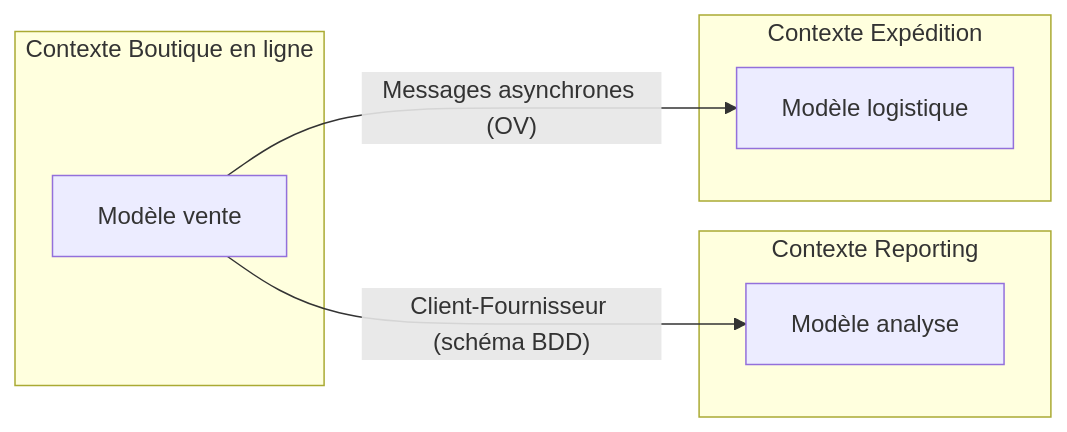
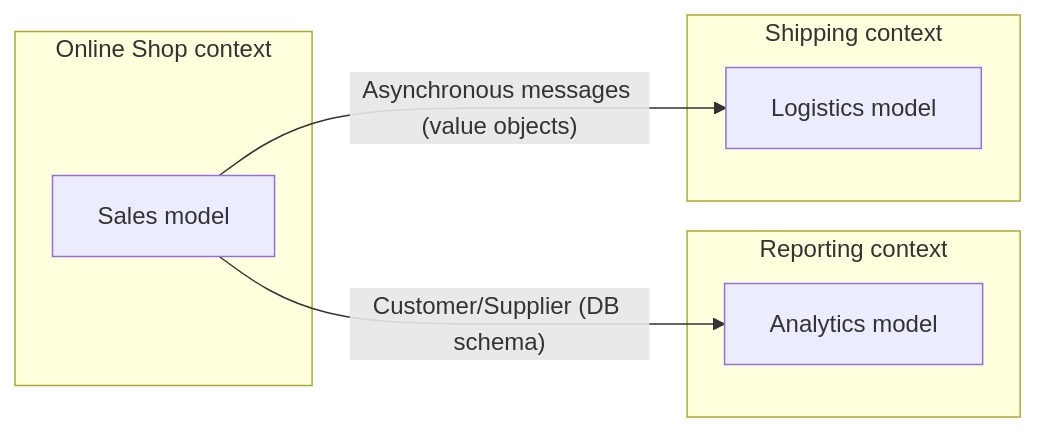
Before and after one commit to baov/ai-agent-skills-project: the diagram in skills/ddd-advisor/references/strategic.md, drawn with Mermaid. The commit also changed other lines of this file and 30 other files, not shown here.

````diff
--- a/skills/ddd-advisor/references/strategic.md
+++ b/skills/ddd-advisor/references/strategic.md
@@ -47,14 +47,14 @@
 ```mermaid
 graph LR
-  subgraph Boutique["Contexte Boutique en ligne"]
-    B[Modèle vente]
+  subgraph Shop["Online Shop context"]
+    B[Sales model]
   end
-  subgraph Reporting["Contexte Reporting"]
-    R[Modèle analyse]
+  subgraph Reporting["Reporting context"]
+    R[Analytics model]
   end
-  subgraph Expédition["Contexte Expédition"]
-    E[Modèle logistique]
+  subgraph Shipping["Shipping context"]
+    E[Logistics model]
   end
-  B -- "Client-Fournisseur (schéma BDD)" --> R
-  B -- "Messages asynchrones (OV)" --> E
+  B -- "Customer/Supplier (DB schema)" --> R
+  B -- "Asynchronous messages (value objects)" --> E
 ```
````
